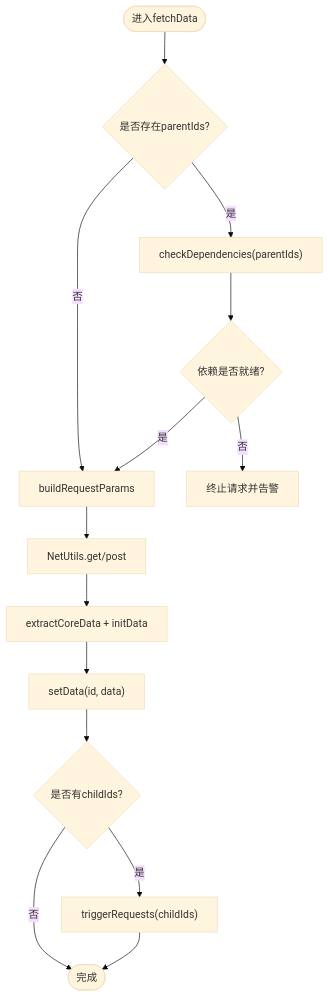
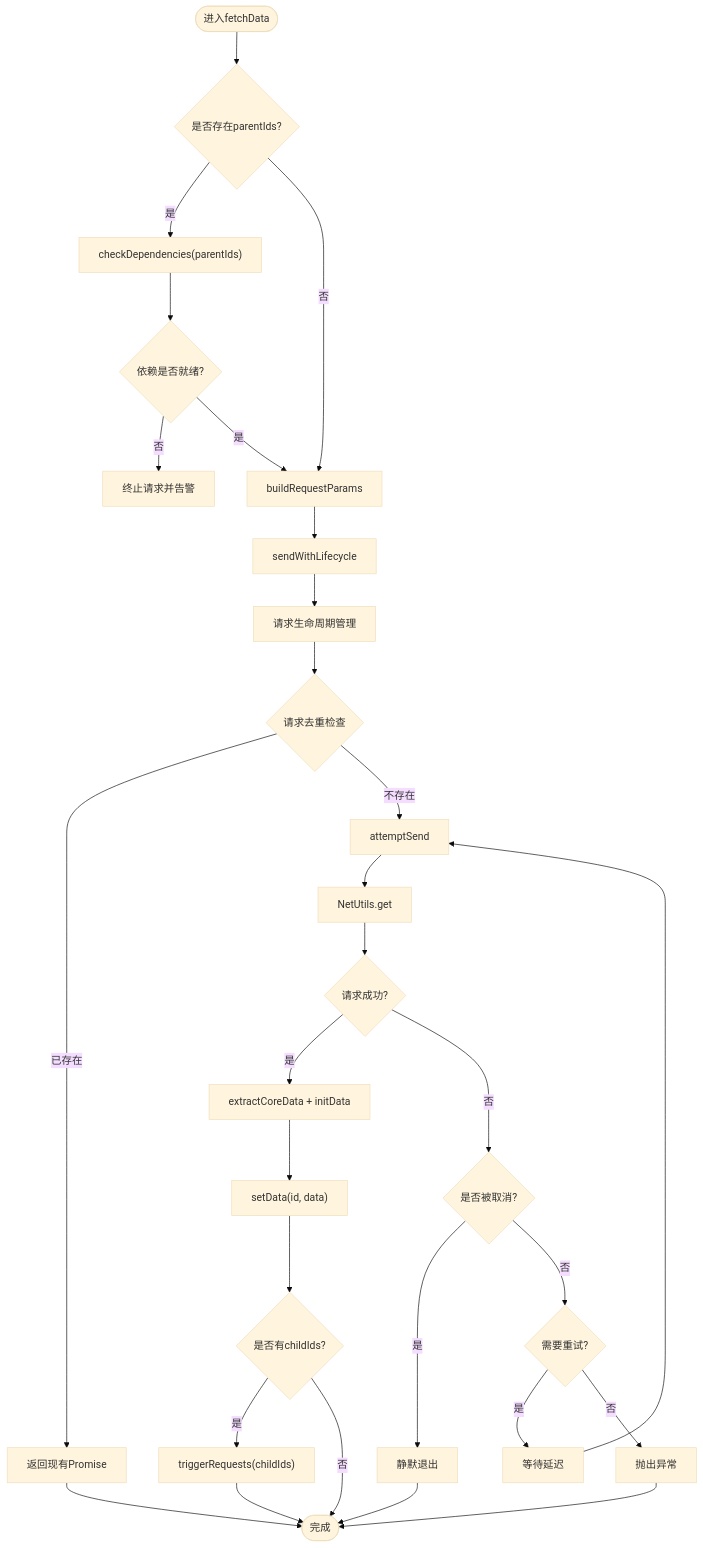
One commit to liqiongke/FrontArk changed the fourth of 8 diagrams in .qoder/repowiki/zh/content/架构设计/数据流管理/请求生命周期.md. Above: the diagram before and after it, drawn with Mermaid (base theme). The commit also changed other lines of this file and 25 other files, not shown here.

````diff
--- a/.qoder/repowiki/zh/content/架构设计/数据流管理/请求生命周期.md
+++ b/.qoder/repowiki/zh/content/架构设计/数据流管理/请求生命周期.md
@@ -140,16 +208,31 @@
 ```mermaid
 flowchart TD
 Start(["进入fetchData"]) --> CheckParent{"是否存在parentIds?"}
 CheckParent --> |是| WaitParent["checkDependencies(parentIds)"]
 CheckParent --> |否| BuildParams["buildRequestParams"]
 WaitParent --> DepOK{"依赖是否就绪?"}
 DepOK --> |否| Abort["终止请求并告警"]
 DepOK --> |是| BuildParams
-BuildParams --> Send["NetUtils.get/post"]
-Send --> Parse["extractCoreData + initData"]
+BuildParams --> Send["sendWithLifecycle"]
+Send --> Lifecycle["请求生命周期管理"]
+Lifecycle --> Dedup{"请求去重检查"}
+Dedup --> |已存在| ReturnPromise["返回现有Promise"]
+Dedup --> |不存在| AttemptSend["attemptSend"]
+AttemptSend --> Network["NetUtils.get"]
+Network --> Success{"请求成功?"}
+Success --> |是| Parse["extractCoreData + initData"]
+Success --> |否| CheckCancel{"是否被取消?"}
+CheckCancel --> |是| SilentExit["静默退出"]
+CheckCancel --> |否| RetryCheck{"需要重试?"}
+RetryCheck --> |是| WaitDelay["等待延迟"]
+WaitDelay --> AttemptSend
+RetryCheck --> |否| ThrowError["抛出异常"]
 Parse --> Save["setData(id, data)"]
 Save --> ChildCheck{"是否有childIds?"}
 ChildCheck --> |是| TriggerChild["triggerRequests(childIds)"]
 ChildCheck --> |否| End(["完成"])
 TriggerChild --> End
+ReturnPromise --> End
+SilentExit --> End
+ThrowError --> End
 ```
````
